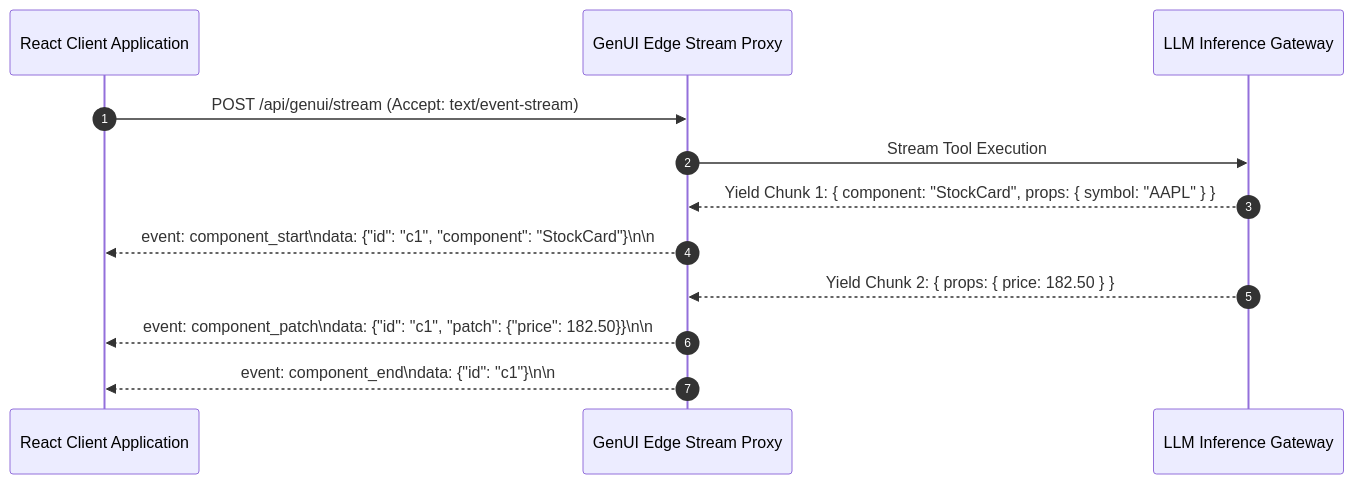
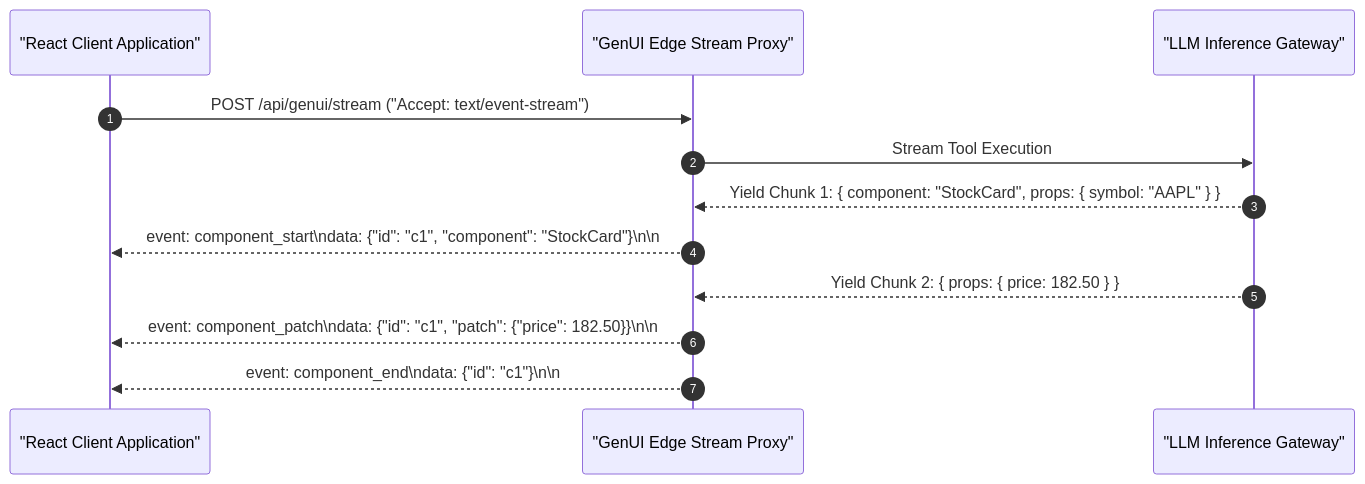
The third of 3 diagrams in content/series/generative-ui-architecture/part-1-beyond-chatbots.md (vesviet/vesviet), drawn with Mermaid before and after one commit. The commit also changed other lines of this file and 331 other files, not shown here.

````diff
--- a/content/series/generative-ui-architecture/part-1-beyond-chatbots.md
+++ b/content/series/generative-ui-architecture/part-1-beyond-chatbots.md
@@ -207,15 +208,15 @@
 ```mermaid
 sequenceDiagram
     autonumber
-    participant Client as React Client Application
-    participant Gateway as GenUI Edge Stream Proxy
-    participant LLM as LLM Inference Gateway
+    participant Client as "React Client Application"
+    participant Gateway as "GenUI Edge Stream Proxy"
+    participant LLM as "LLM Inference Gateway"
 
-    Client->>Gateway: POST /api/genui/stream (Accept: text/event-stream)
+    Client->>Gateway: POST /api/genui/stream ("Accept: text/event-stream")
     Gateway->>LLM: Stream Tool Execution
     LLM-->>Gateway: Yield Chunk 1: { component: "StockCard", props: { symbol: "AAPL" } }
     Gateway-->>Client: event: component_start\ndata: {"id": "c1", "component": "StockCard"}\n\n
     LLM-->>Gateway: Yield Chunk 2: { props: { price: 182.50 } }
     Gateway-->>Client: event: component_patch\ndata: {"id": "c1", "patch": {"price": 182.50}}\n\n
     Gateway-->>Client: event: component_end\ndata: {"id": "c1"}\n\n
 ```
````
